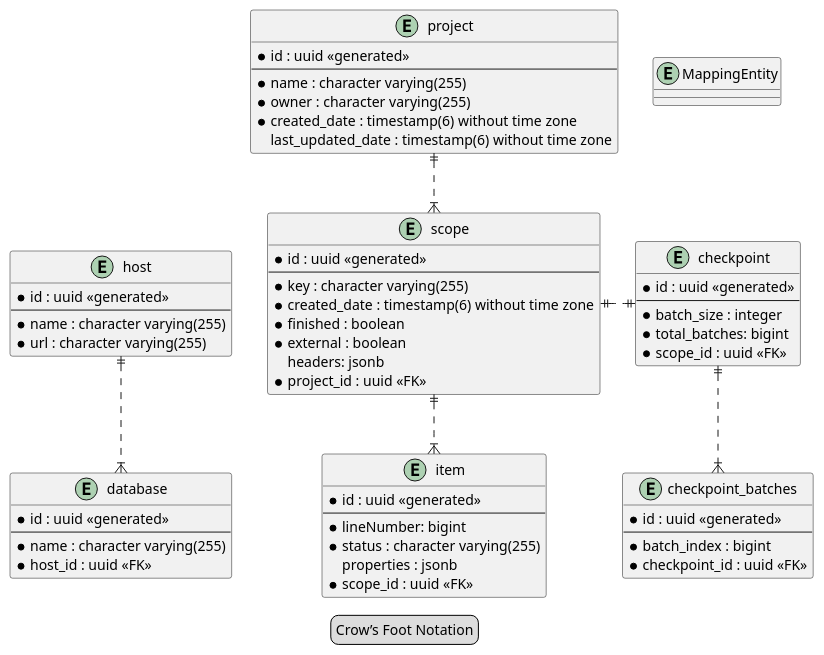
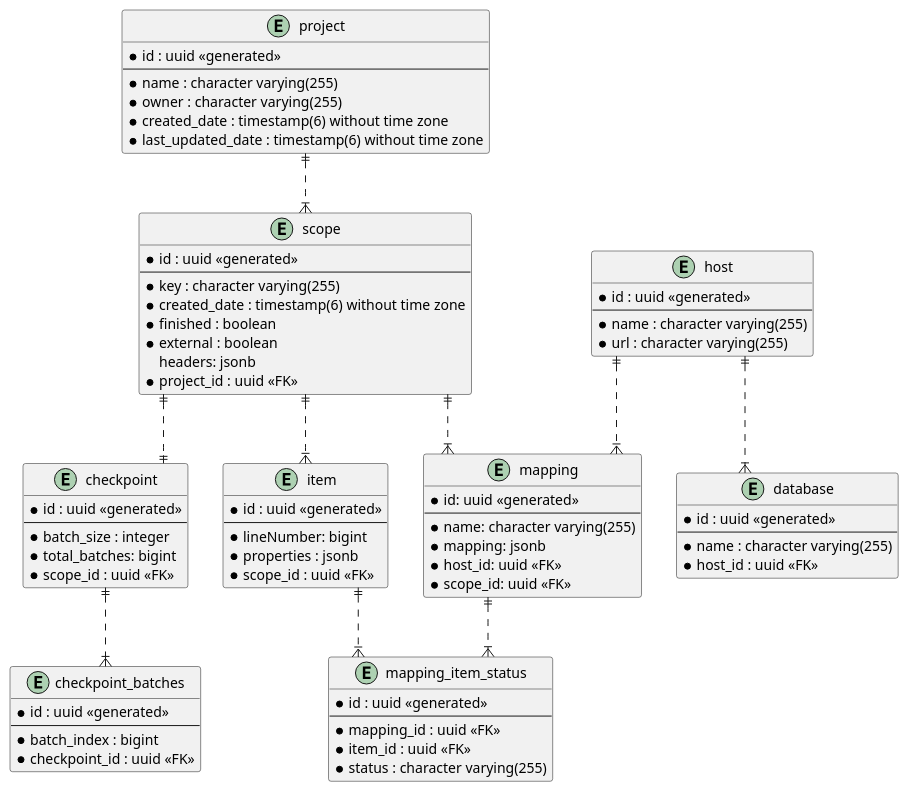
One commit to TuncerCatalkaya/data-migration changed the diagram in data-migration-documentation/src/main/images/databaseModel.puml. Above: the diagram before and after it, drawn with PlantUML. The commit also changed 54 other files, not shown here.

```diff
--- a/data-migration-documentation/src/main/images/databaseModel.puml
+++ b/data-migration-documentation/src/main/images/databaseModel.puml
@@ -1,77 +1,91 @@
 @startuml
-legend Crow’s Foot Notation
+skinparam linetype ortho
 
 entity project {
     * id : uuid <<generated>>
     --
     * name : character varying(255)
     * owner : character varying(255)
     * created_date : timestamp(6) without time zone
-    last_updated_date : timestamp(6) without time zone
+    * last_updated_date : timestamp(6) without time zone
 }
 
 entity scope {
     * id : uuid <<generated>>
     --
     * key : character varying(255)
     * created_date : timestamp(6) without time zone
     * finished : boolean
     * external : boolean
     headers: jsonb
     * project_id : uuid <<FK>>
 }
 
 entity item {
     * id : uuid <<generated>>
     --
     * lineNumber: bigint
-    * status : character varying(255)
-    properties : jsonb
+    * properties : jsonb
     * scope_id : uuid <<FK>>
 }
 
 entity checkpoint {
     * id : uuid <<generated>>
     --
     * batch_size : integer
     * total_batches: bigint
     * scope_id : uuid <<FK>>
 }
 
 entity checkpoint_batches {
     * id : uuid <<generated>>
     --
     * batch_index : bigint
     * checkpoint_id : uuid <<FK>>
 }
 
-entity MappingEntity {
-
-}
-
 entity host {
     * id : uuid <<generated>>
     --
     * name : character varying(255)
     * url : character varying(255)
+}
+
+entity mapping {
+    * id: uuid <<generated>>
+    --
+    * name: character varying(255)
+    * mapping: jsonb
+    * host_id: uuid <<FK>>
+    * scope_id: uuid <<FK>>
 }
 
 entity database {
     * id : uuid <<generated>>
     --
     * name : character varying(255)
     * host_id : uuid <<FK>>
 }
 
+entity mapping_item_status {
+    * id : uuid <<generated>>
+    --
+    * mapping_id : uuid <<FK>>
+    * item_id : uuid <<FK>>
+    * status : character varying(255)
+}
+
 project ||..|{ scope
 scope ||..|{ item
 
-scope ||.|| checkpoint
-
+scope ||..|| checkpoint
 checkpoint ||..|{ checkpoint_batches
 
+host ||..|{ mapping
 host ||..|{ database
+scope ||..|{ mapping
 
-host -[hidden]> scope
+item ||..|{ mapping_item_status
+mapping ||..|{ mapping_item_status
 
 @enduml
```
